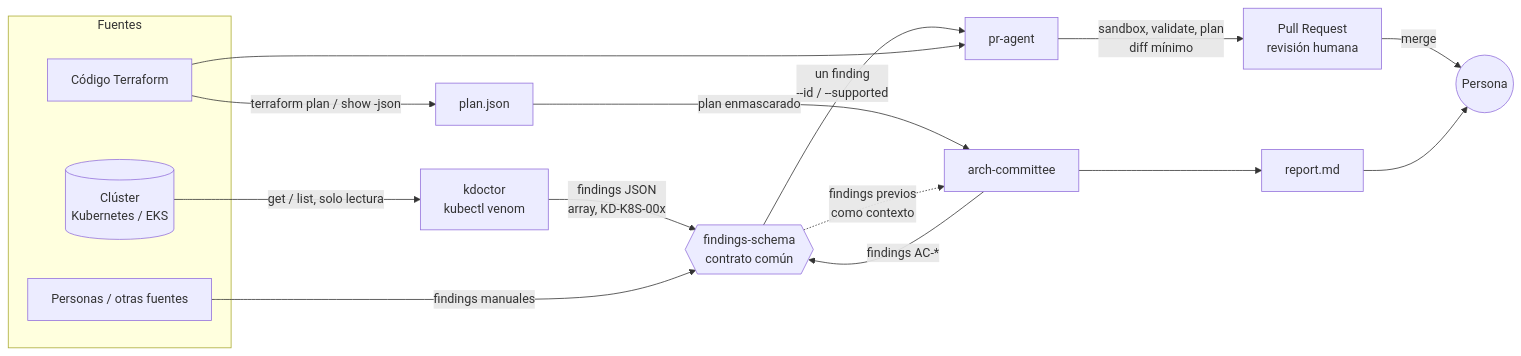
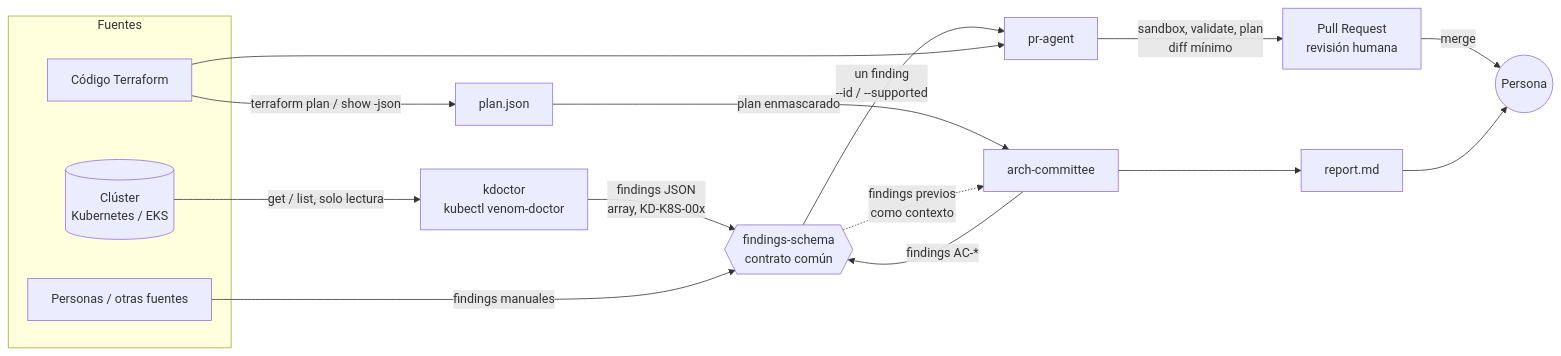
The first of 2 diagrams in docs/arquitectura.md (CloudVipers/VenomOps), drawn with Mermaid before and after one commit. The commit also changed 22 other files, not shown here.

First line of the commit message:
fix(kdoctor): rename the kubectl plugin to venom-doctor (#16)

````diff
--- a/docs/arquitectura.md
+++ b/docs/arquitectura.md
@@ -9,25 +9,25 @@
 ```mermaid
 flowchart LR
     subgraph Fuentes
         C[(Clúster<br/>Kubernetes / EKS)]
         T[Código Terraform]
         H[Personas / otras fuentes]
     end
 
-    C -->|get / list, solo lectura| K[kdoctor<br/>kubectl venom]
+    C -->|get / list, solo lectura| K[kdoctor<br/>kubectl venom-doctor]
     K -->|findings JSON<br/>array, KD-K8S-00x| F{{findings-schema<br/>contrato común}}
     H -->|findings manuales| F
 
     F -->|un finding<br/>--id / --supported| PA[pr-agent]
     T --> PA
     PA -->|sandbox, validate, plan<br/>diff mínimo| PR[Pull Request<br/>revisión humana]
 
     T -->|terraform plan / show -json| P[plan.json]
     P -->|plan enmascarado| AC[arch-committee]
     F -.->|findings previos<br/>como contexto| AC
     AC --> R[report.md]
     AC -->|findings AC-*| F
 
     PR -->|merge| H2((Persona))
     R --> H2
 ```
````
